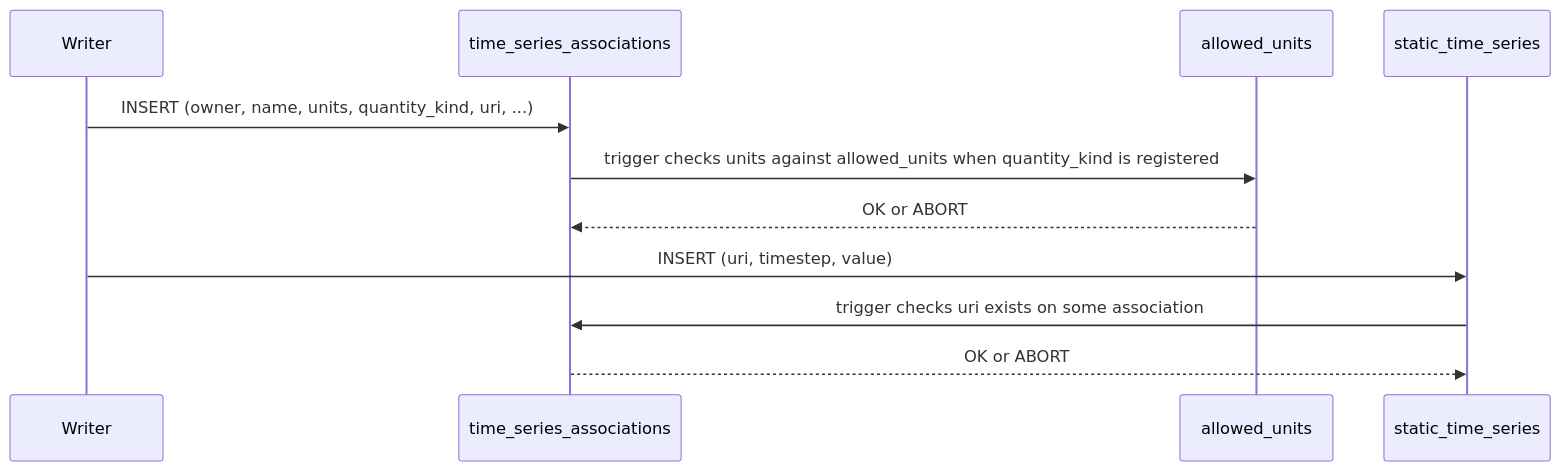
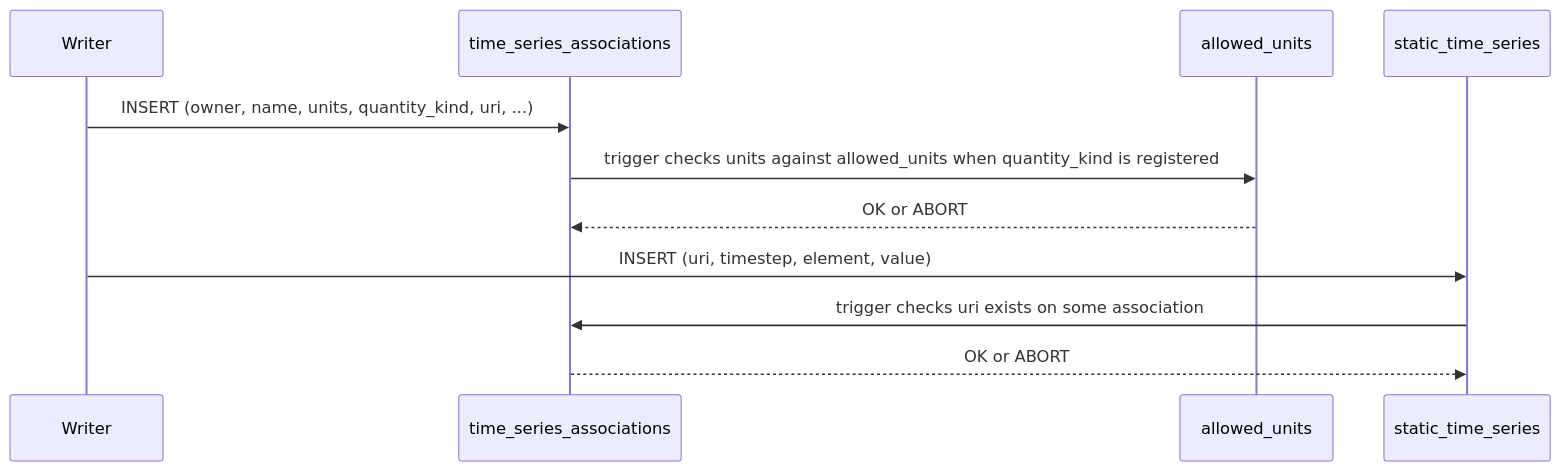
Before and after one commit to Sienna-Platform/SiennaGridDB: the fourth of 4 diagrams in docs/units-architecture.md, drawn with Mermaid. The commit also changed other lines of this file and 4 other files, not shown here.

````diff
--- a/docs/units-architecture.md
+++ b/docs/units-architecture.md
@@ -148,14 +149,14 @@
 ```mermaid
 sequenceDiagram
     participant App as Writer
     participant Assoc as time_series_associations
     participant Reg as allowed_units
     participant Data as static_time_series
 
     App->>Assoc: INSERT (owner, name, units, quantity_kind, uri, ...)
     Assoc->>Reg: trigger checks units against allowed_units when quantity_kind is registered
     Reg-->>Assoc: OK or ABORT
-    App->>Data: INSERT (uri, timestep, value)
+    App->>Data: INSERT (uri, timestep, element, value)
     Data->>Assoc: trigger checks uri exists on some association
     Assoc-->>Data: OK or ABORT
 ```
````
